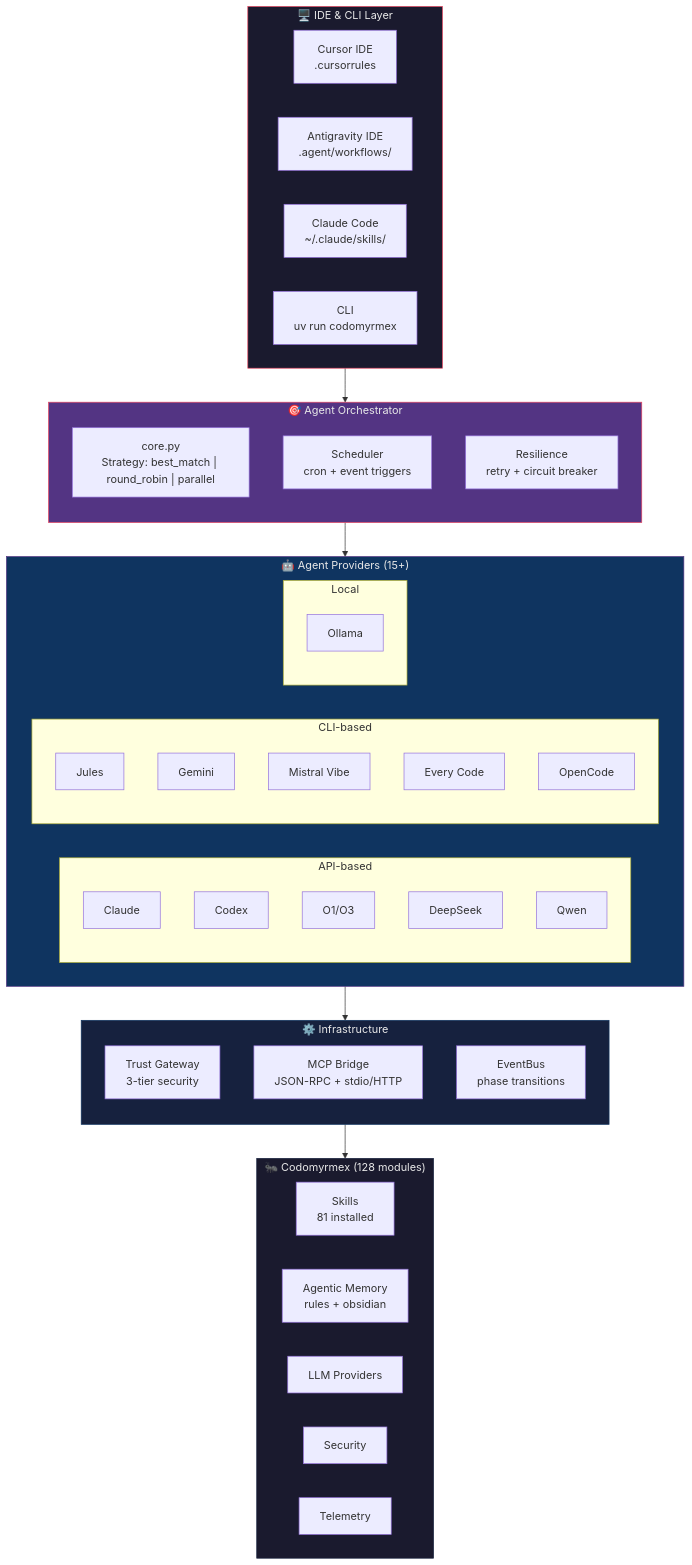
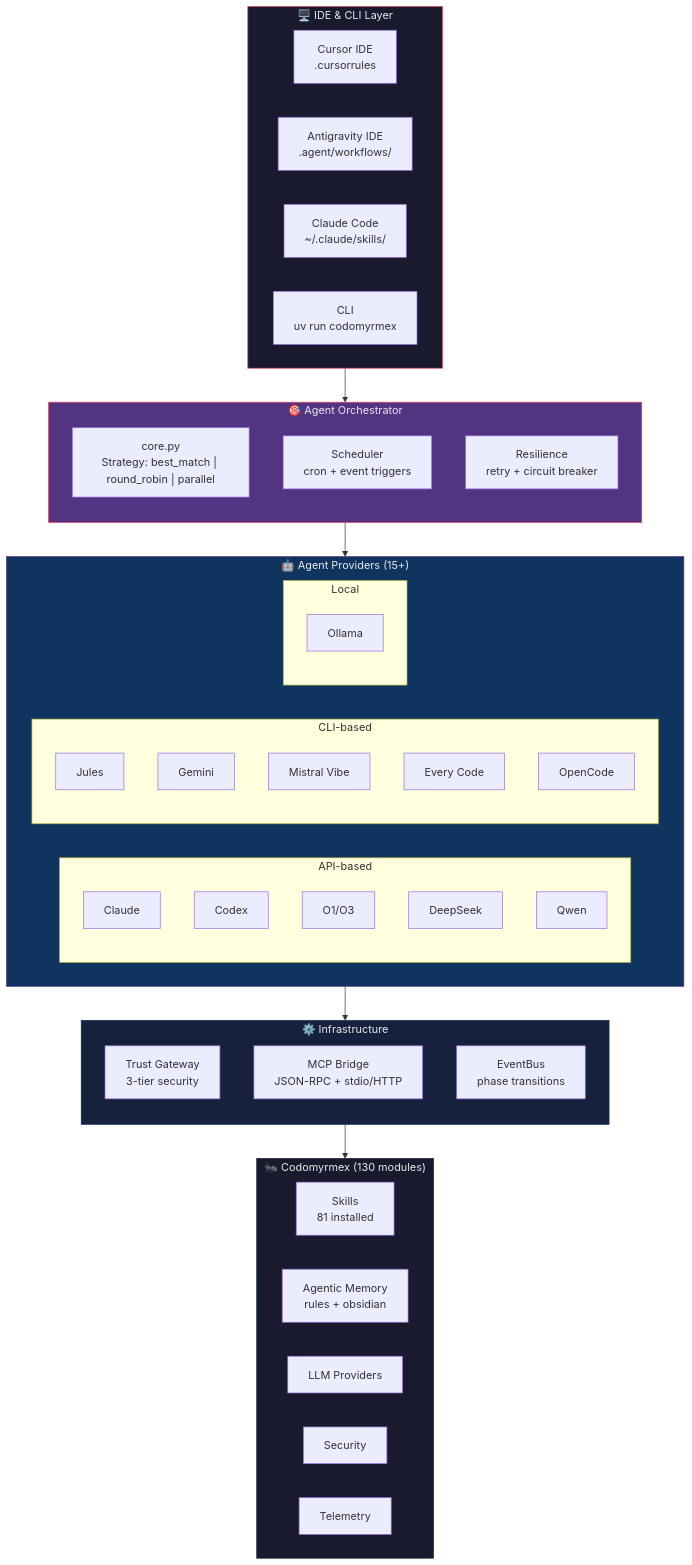
One commit to docxology/codomyrmex changed the first of 11 diagrams in docs/getting-started/GETTING_STARTED_WITH_AGENTS.md. Above: the diagram before and after it, drawn with Mermaid. The commit also changed other lines of this file and 255 other files, not shown here.

````diff
--- a/docs/getting-started/GETTING_STARTED_WITH_AGENTS.md
+++ b/docs/getting-started/GETTING_STARTED_WITH_AGENTS.md
@@ -13,65 +13,65 @@
 ```mermaid
 graph TB
     subgraph IDE["🖥️ IDE & CLI Layer"]
         direction LR
         CURSOR["Cursor IDE<br/>.cursorrules"]
         ANTIGRAV["Antigravity IDE<br/>.agent/workflows/"]
         CLAUDE_CODE["Claude Code<br/>~/.claude/skills/"]
         CLI["CLI<br/>uv run codomyrmex"]
     end
 
     subgraph ORCH["🎯 Agent Orchestrator"]
         direction TB
         CORE["core.py<br/>Strategy: best_match | round_robin | parallel"]
         SCHED["Scheduler<br/>cron + event triggers"]
         RESILIENCE["Resilience<br/>retry + circuit breaker"]
     end
 
     subgraph AGENTS["🤖 Agent Providers (15+)"]
         direction LR
         subgraph API_AGENTS["API-based"]
             CLAUDE["Claude"]
             CODEX["Codex"]
             O1["O1/O3"]
             DEEPSEEK["DeepSeek"]
             QWEN["Qwen"]
         end
         subgraph CLI_AGENTS["CLI-based"]
             JULES["Jules"]
             GEMINI["Gemini"]
             MISTRAL["Mistral Vibe"]
             EVERYCODE["Every Code"]
             OPENCODE["OpenCode"]
         end
         subgraph LOCAL_AGENTS["Local"]
             OLLAMA["Ollama"]
         end
     end
 
     subgraph INFRA["⚙️ Infrastructure"]
         direction TB
         TRUST["Trust Gateway<br/>3-tier security"]
         MCP["MCP Bridge<br/>JSON-RPC + stdio/HTTP"]
         EVENTS["EventBus<br/>phase transitions"]
     end
 
-    subgraph MODULES["🐜 Codomyrmex (128 modules)"]
+    subgraph MODULES["🐜 Codomyrmex (130 modules)"]
         direction LR
         SKILLS_MOD["Skills<br/>81 installed"]
         MEMORY_MOD["Agentic Memory<br/>rules + obsidian"]
         LLM_MOD["LLM Providers"]
         SEC_MOD["Security"]
         TELEM_MOD["Telemetry"]
     end
 
     IDE --> ORCH
     ORCH --> AGENTS
     AGENTS --> INFRA
     INFRA --> MODULES
 
     style IDE fill:#1a1a2e,stroke:#e94560,color:#e8e8e8
     style ORCH fill:#533483,stroke:#e94560,color:#e8e8e8
     style AGENTS fill:#0f3460,stroke:#533483,color:#e8e8e8
     style INFRA fill:#16213e,stroke:#0f3460,color:#e8e8e8
     style MODULES fill:#1a1a2e,stroke:#16213e,color:#e8e8e8
 ```
````
